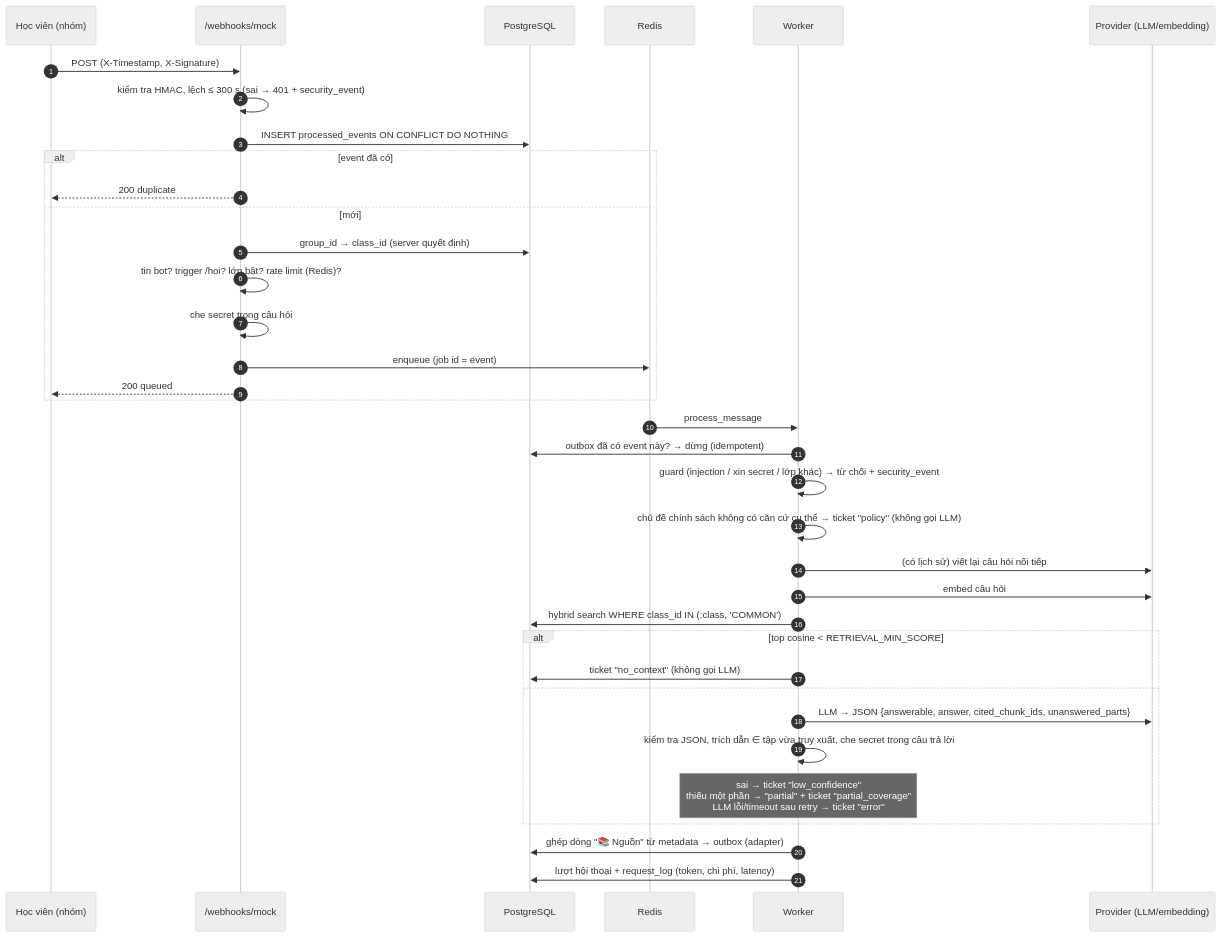
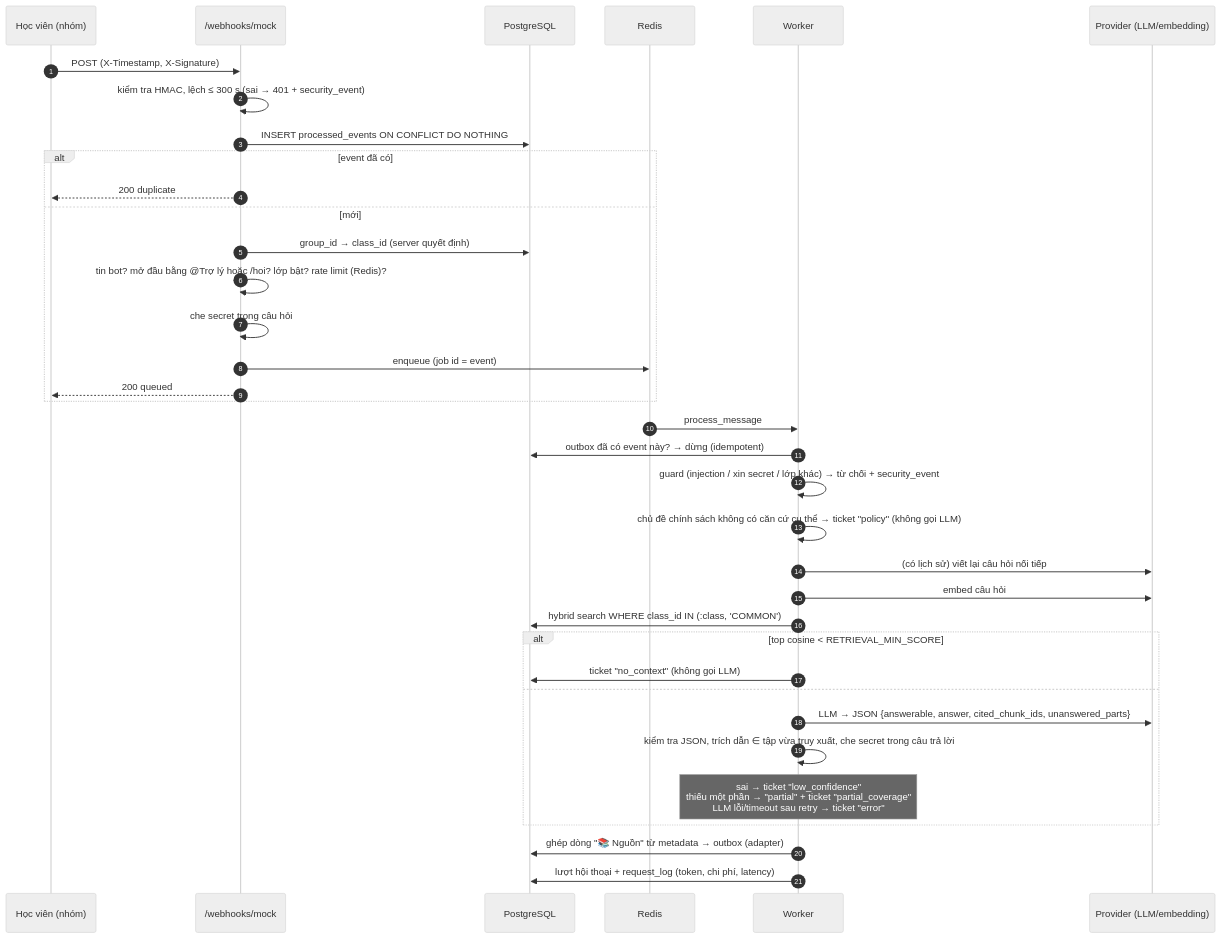
The second of 5 diagrams in docs/ARCHITECTURE.md (nguyendat2662003/gos-academy-ai-teaching-assistant), drawn with Mermaid (neutral theme) before and after one commit. The commit also changed other lines of this file and 13 other files, not shown here.

First line of the commit message:
feat: call the bot by mentioning @Trợ lý (D-86)

````diff
--- a/docs/ARCHITECTURE.md
+++ b/docs/ARCHITECTURE.md
@@ -66,39 +66,39 @@
 ```mermaid
 sequenceDiagram
     autonumber
     participant HV as Học viên (nhóm)
     participant WH as /webhooks/mock
     participant DB as PostgreSQL
     participant R as Redis
     participant W as Worker
     participant P as Provider (LLM/embedding)
 
     HV->>WH: POST (X-Timestamp, X-Signature)
     WH->>WH: kiểm tra HMAC, lệch ≤ 300 s (sai → 401 + security_event)
     WH->>DB: INSERT processed_events ON CONFLICT DO NOTHING
     alt event đã có
         WH-->>HV: 200 duplicate
     else mới
         WH->>DB: group_id → class_id (server quyết định)
-        WH->>WH: tin bot? trigger /hoi? lớp bật? rate limit (Redis)?
+        WH->>WH: tin bot? mở đầu bằng @Trợ lý hoặc /hoi? lớp bật? rate limit (Redis)?
         WH->>WH: che secret trong câu hỏi
         WH->>R: enqueue (job id = event)
         WH-->>HV: 200 queued
     end
     R->>W: process_message
     W->>DB: outbox đã có event này? → dừng (idempotent)
     W->>W: guard (injection / xin secret / lớp khác) → từ chối + security_event
     W->>W: chủ đề chính sách không có căn cứ cụ thể → ticket "policy" (không gọi LLM)
     W->>P: (có lịch sử) viết lại câu hỏi nối tiếp
     W->>P: embed câu hỏi
     W->>DB: hybrid search WHERE class_id IN (:class, 'COMMON')
     alt top cosine < RETRIEVAL_MIN_SCORE
         W->>DB: ticket "no_context" (không gọi LLM)
     else
         W->>P: LLM → JSON {answerable, answer, cited_chunk_ids, unanswered_parts}
         W->>W: kiểm tra JSON, trích dẫn ∈ tập vừa truy xuất, che secret trong câu trả lời
         Note over W: sai → ticket "low_confidence"<br/>thiếu một phần → "partial" + ticket "partial_coverage"<br/>LLM lỗi/timeout sau retry → ticket "error"
     end
     W->>DB: ghép dòng "📚 Nguồn" từ metadata → outbox (adapter)
     W->>DB: lượt hội thoại + request_log (token, chi phí, latency)
 ```
````
